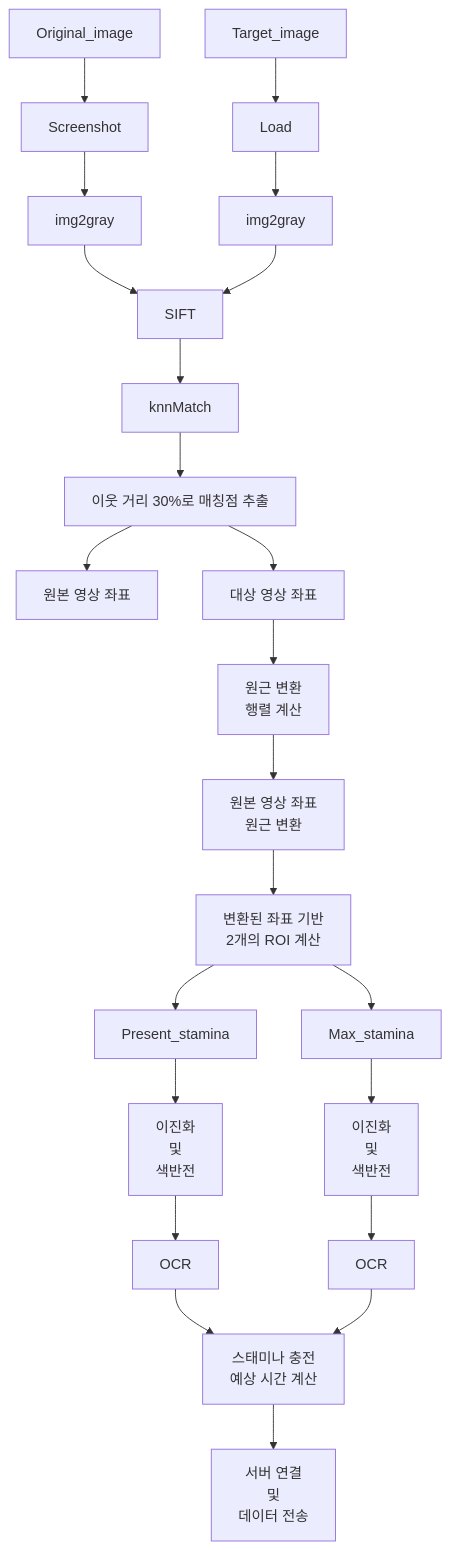
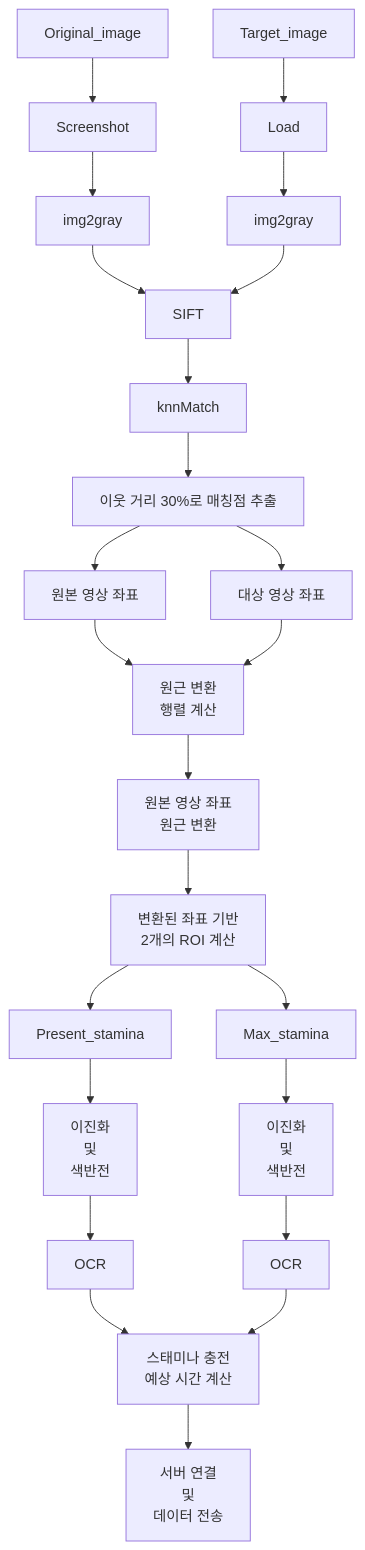
One commit to 201710808/Game-Stamina-Alarm changed the second of 2 diagrams in README.md. Above: the diagram before and after it, drawn with Mermaid.

````diff
--- a/README.md
+++ b/README.md
@@ -20,25 +20,26 @@
 ```mermaid
 graph TB;
     Original_image-->Screenshot;
     Target_image-->Load;
     Screenshot-->gray1[img2gray]
     Load-->gray2[img2gray]
     gray1-->SIFT;
     gray2-->SIFT;
     SIFT-->knnMatch;
     knnMatch-->dist_match[이웃 거리 30%로 매칭점 추출];
     dist_match-->orig_coord[원본 영상 좌표];
     dist_match-->tgt_coord[대상 영상 좌표];
+    orig_coord-->homography;
     tgt_coord-->homography[원근 변환\n행렬 계산];
     homography-->transform_coord[원본 영상 좌표\n원근 변환];
     transform_coord-->calc_ROI[변환된 좌표 기반\n2개의 ROI 계산];
     calc_ROI-->Present_stamina;
     calc_ROI-->Max_stamina;
     Present_stamina-->bin_neg1[이진화\n및\n색반전];
     Max_stamina-->bin_neg2[이진화\n및\n색반전];
     bin_neg1-->OCR1[OCR];
     bin_neg2-->OCR2[OCR];
     OCR1-->calc_stamina[스태미나 충전\n예상 시간 계산];
     OCR2-->calc_stamina;
     calc_stamina-->connect_server[서버 연결\n및\n데이터 전송];
 ```
````
